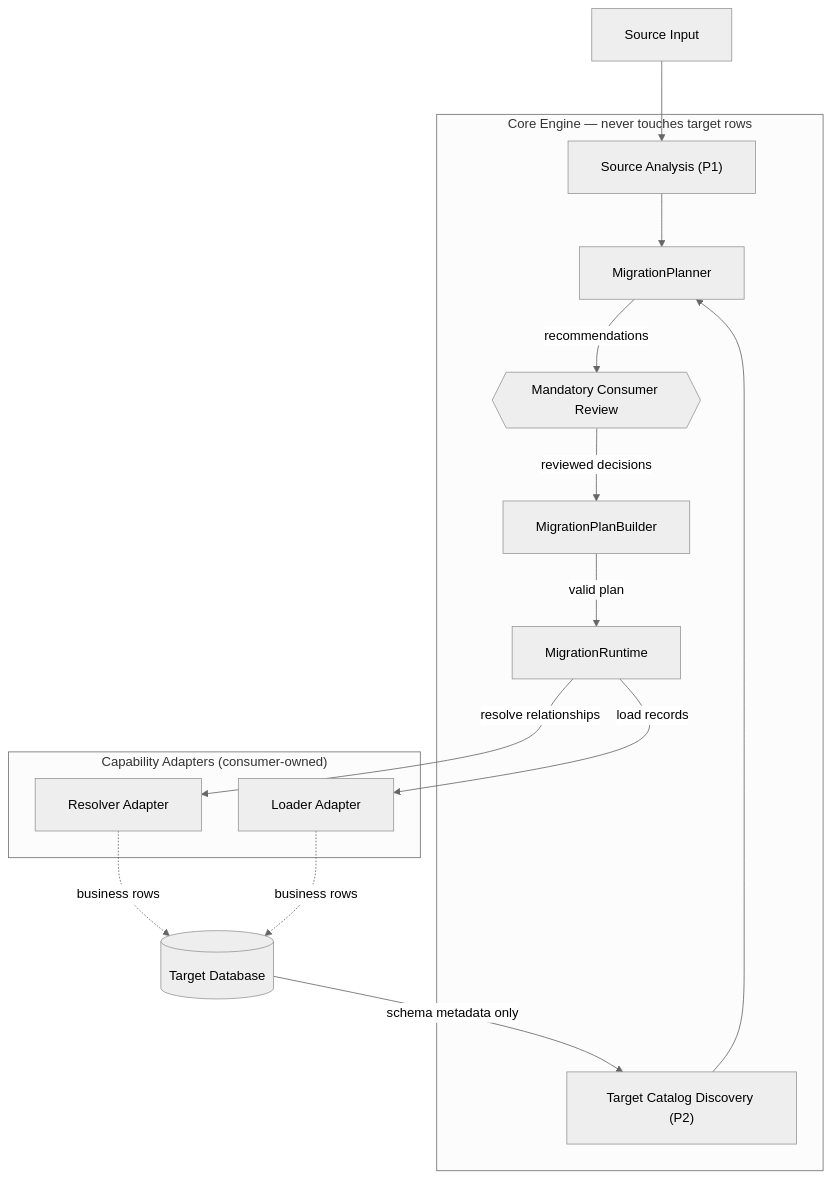
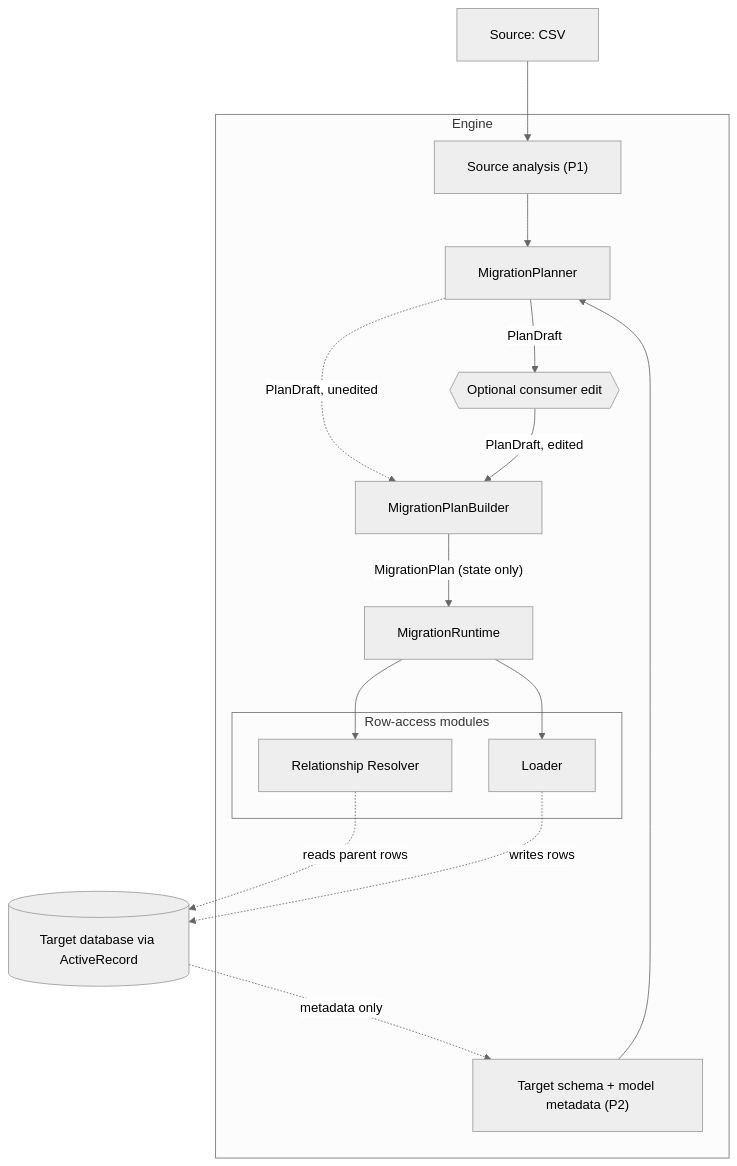
Before and after one commit to venkydev02/Pipeforge: the diagram in README.md, drawn with Mermaid (neutral theme). The commit also changed other lines of this file and 2 other files, not shown here.

Commit message:
Updated the overall plan which utilizes the active record instead of reinventing stuffs

````diff
--- a/README.md
+++ b/README.md
@@ -22,32 +22,30 @@
 ```mermaid
 %%{init: {'flowchart': {'nodeSpacing': 45, 'rankSpacing': 65, 'padding': 20}}}%%
 flowchart TD
-    Source[Source Input]
-    TargetDB[(Target Database)]
+    Source[Source: CSV]
+    DB[(Target database via ActiveRecord)]
 
-    subgraph Core["Core Engine — never touches target rows"]
-        P1["Source Analysis (P1)"]
-        P2["Target Catalog Discovery (P2)"]
+    subgraph Engine["Engine"]
+        Analyzer["Source analysis (P1)"]
+        Schema["Target schema + model metadata (P2)"]
         Planner[MigrationPlanner]
-        Review{{Mandatory Consumer Review}}
+        Edit{{Optional consumer edit}}
         Builder[MigrationPlanBuilder]
         Runtime[MigrationRuntime]
+        subgraph Rows["Row-access modules"]
+            Resolver[Relationship Resolver]
+            Loader[Loader]
+        end
     end
 
-    subgraph Adapters["Capability Adapters (consumer-owned)"]
-        Resolver[Resolver Adapter]
-        Loader[Loader Adapter]
-    end
-
-    Source --> P1
-    TargetDB -->|schema metadata only| P2
-    P1 --> Planner
-    P2 --> Planner
-    Planner -->|recommendations| Review
-    Review -->|reviewed decisions| Builder
-    Builder -->|valid plan| Runtime
-    Runtime -->|resolve relationships| Resolver
-    Runtime -->|load records| Loader
-    Resolver -.->|business rows| TargetDB
-    Loader -.->|business rows| TargetDB
+    Source --> Analyzer --> Planner
+    DB -. "metadata only" .-> Schema --> Planner
+    Planner -->|PlanDraft| Edit
+    Planner -.->|"PlanDraft, unedited"| Builder
+    Edit -->|"PlanDraft, edited"| Builder
+    Builder -->|"MigrationPlan (state only)"| Runtime
+    Runtime --> Resolver
+    Runtime --> Loader
+    Resolver -. reads parent rows .-> DB
+    Loader -. writes rows .-> DB
 ```
````
